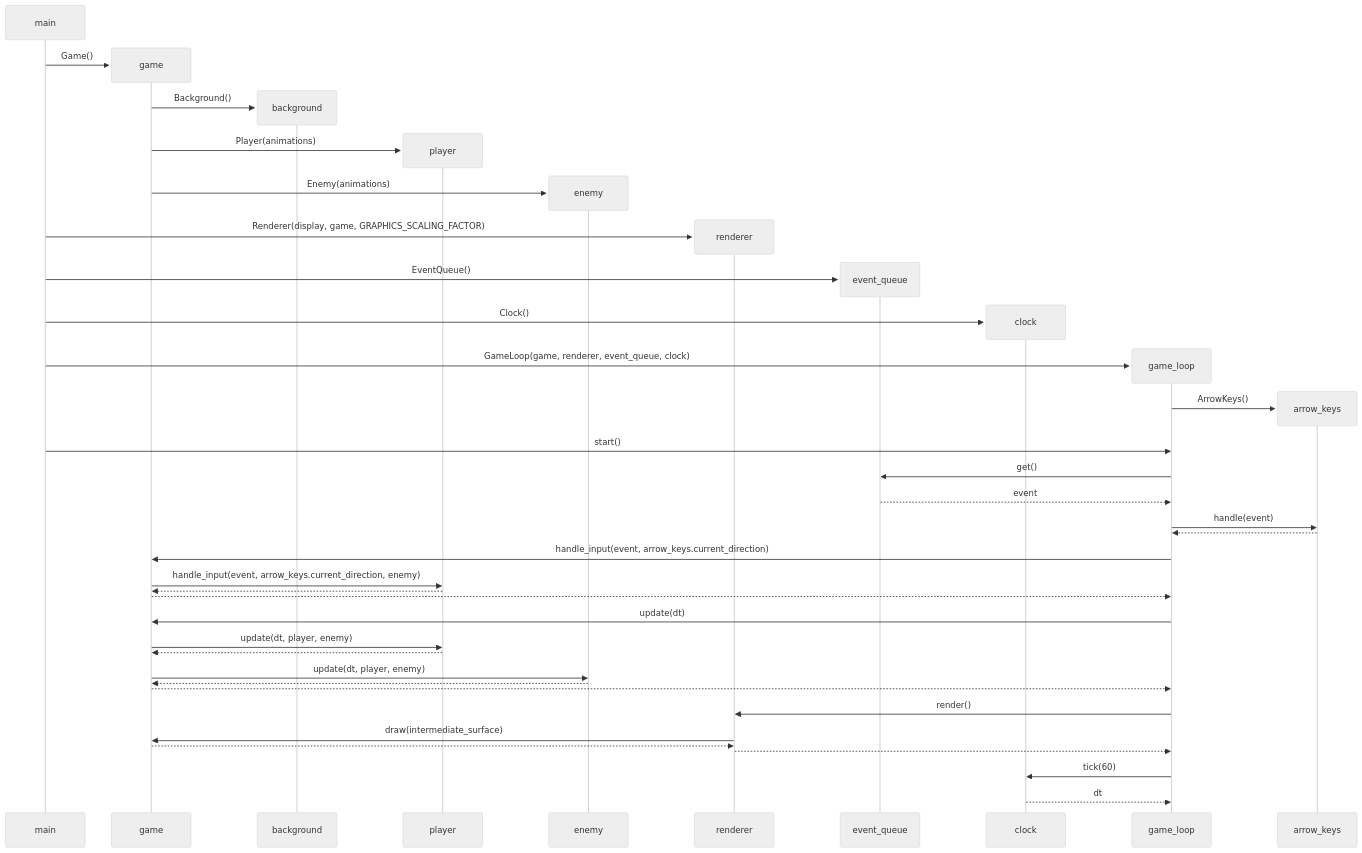
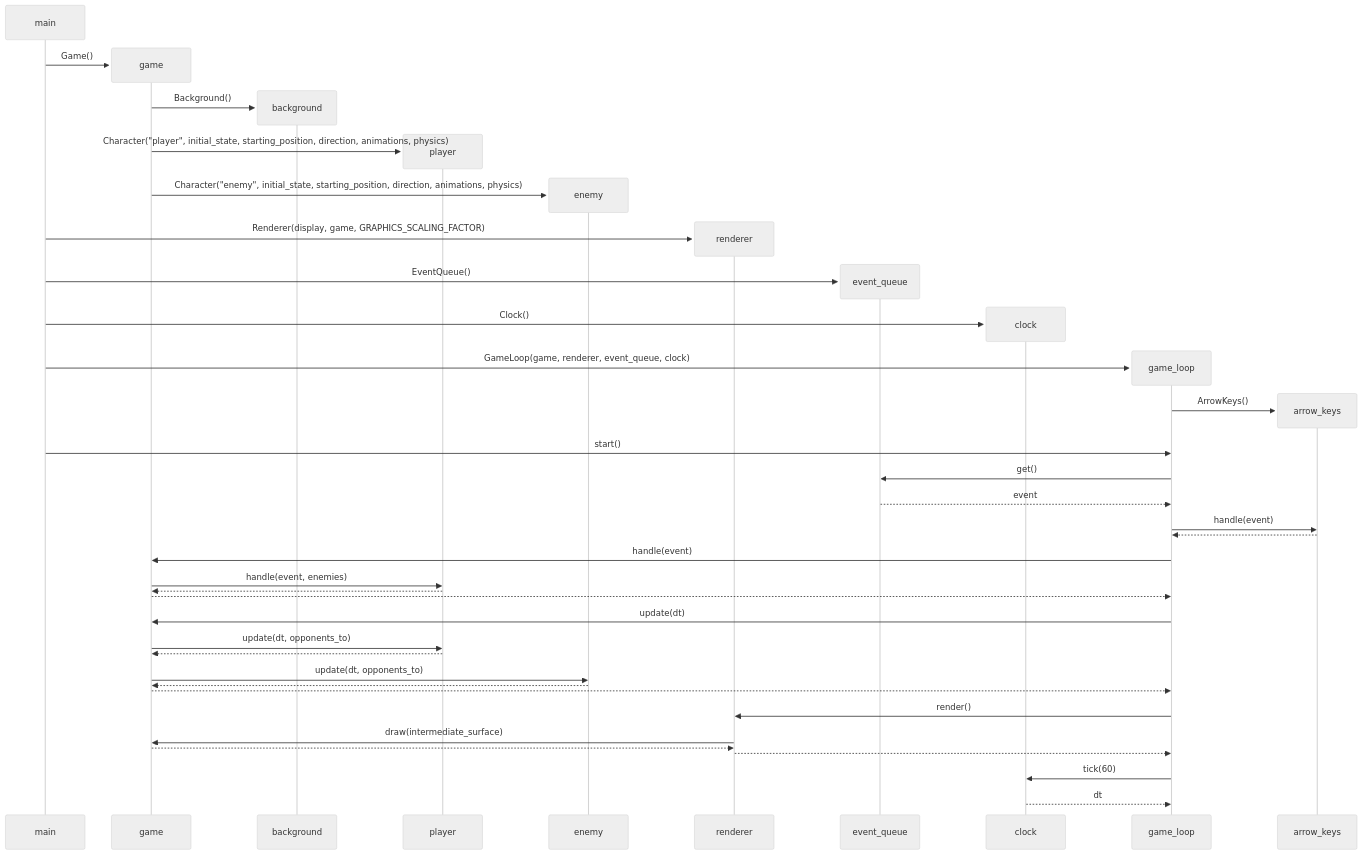
Before and after one commit to VSirvio/RaiseYourSword: the third of 3 diagrams in documentation/architecture.md, drawn with Mermaid (neutral theme).

Commit message:
Update sequence diagram in architecture.md

````diff
--- a/documentation/architecture.md
+++ b/documentation/architecture.md
@@ -119,43 +119,43 @@
 ```mermaid
 sequenceDiagram
     create participant main
     create participant game
     main->>game: Game()
     create participant background
     game->>background: Background()
     create participant player
-    game->>player: Player(animations)
+    game->>player: Character("player", initial_state, starting_position, direction, animations, physics)
     create participant enemy
-    game->>enemy: Enemy(animations)
+    game->>enemy: Character("enemy", initial_state, starting_position, direction, animations, physics)
     create participant renderer
     main->>renderer: Renderer(display, game, GRAPHICS_SCALING_FACTOR)
     create participant event_queue
     main->>event_queue: EventQueue()
     create participant clock
     main->>clock: Clock()
     create participant game_loop
     main->>game_loop: GameLoop(game, renderer, event_queue, clock)
     create participant arrow_keys
     game_loop->>arrow_keys: ArrowKeys()
     main->>game_loop: start()
     game_loop->>event_queue: get()
     event_queue-->>game_loop: event
     game_loop->>arrow_keys: handle(event)
     arrow_keys-->>game_loop: 
-    game_loop->>game: handle_input(event, arrow_keys.current_direction)
-    game->>player: handle_input(event, arrow_keys.current_direction, enemy)
+    game_loop->>game: handle(event)
+    game->>player: handle(event, enemies)
     player-->>game: 
     game-->>game_loop: 
     game_loop->>game: update(dt)
-    game->>player: update(dt, player, enemy)
+    game->>player: update(dt, opponents_to)
     player-->>game: 
-    game->>enemy: update(dt, player, enemy)
+    game->>enemy: update(dt, opponents_to)
     enemy-->>game: 
     game-->>game_loop: 
     game_loop->>renderer: render()
     renderer->>game: draw(intermediate_surface)
     game-->>renderer: 
     renderer-->>game_loop: 
     game_loop->>clock: tick(60)
     clock-->>game_loop: dt
 ```
````
